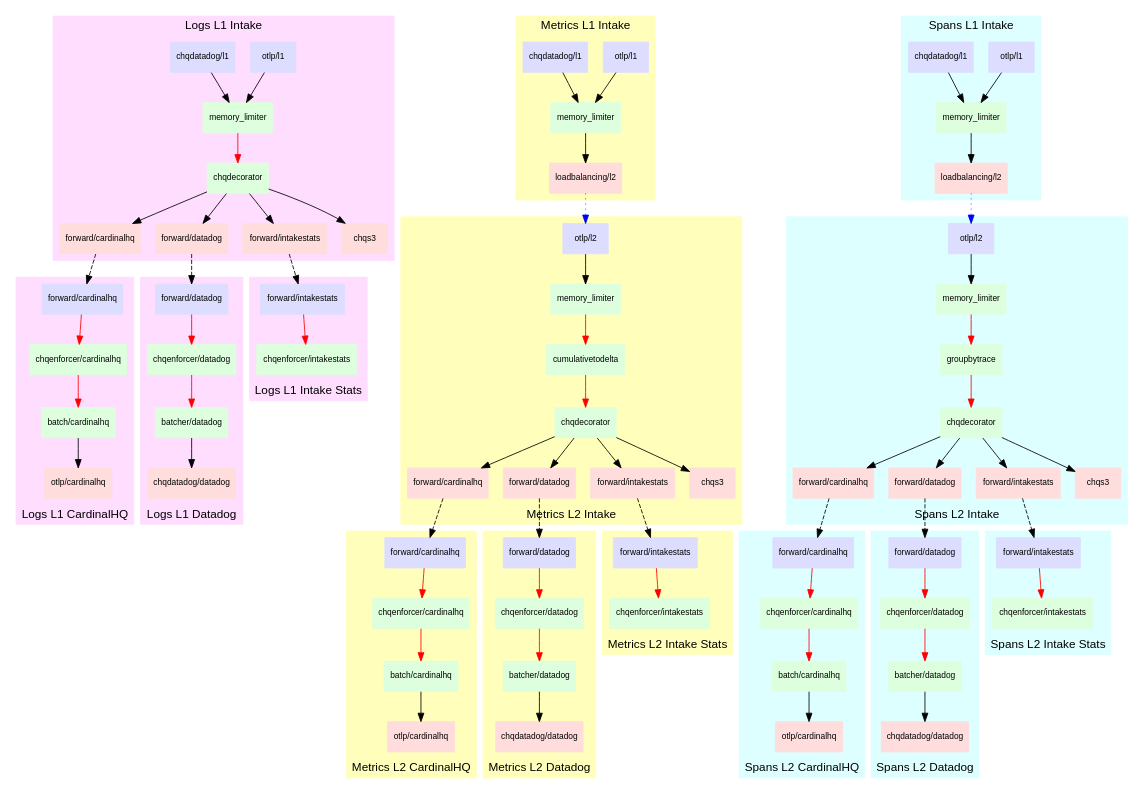
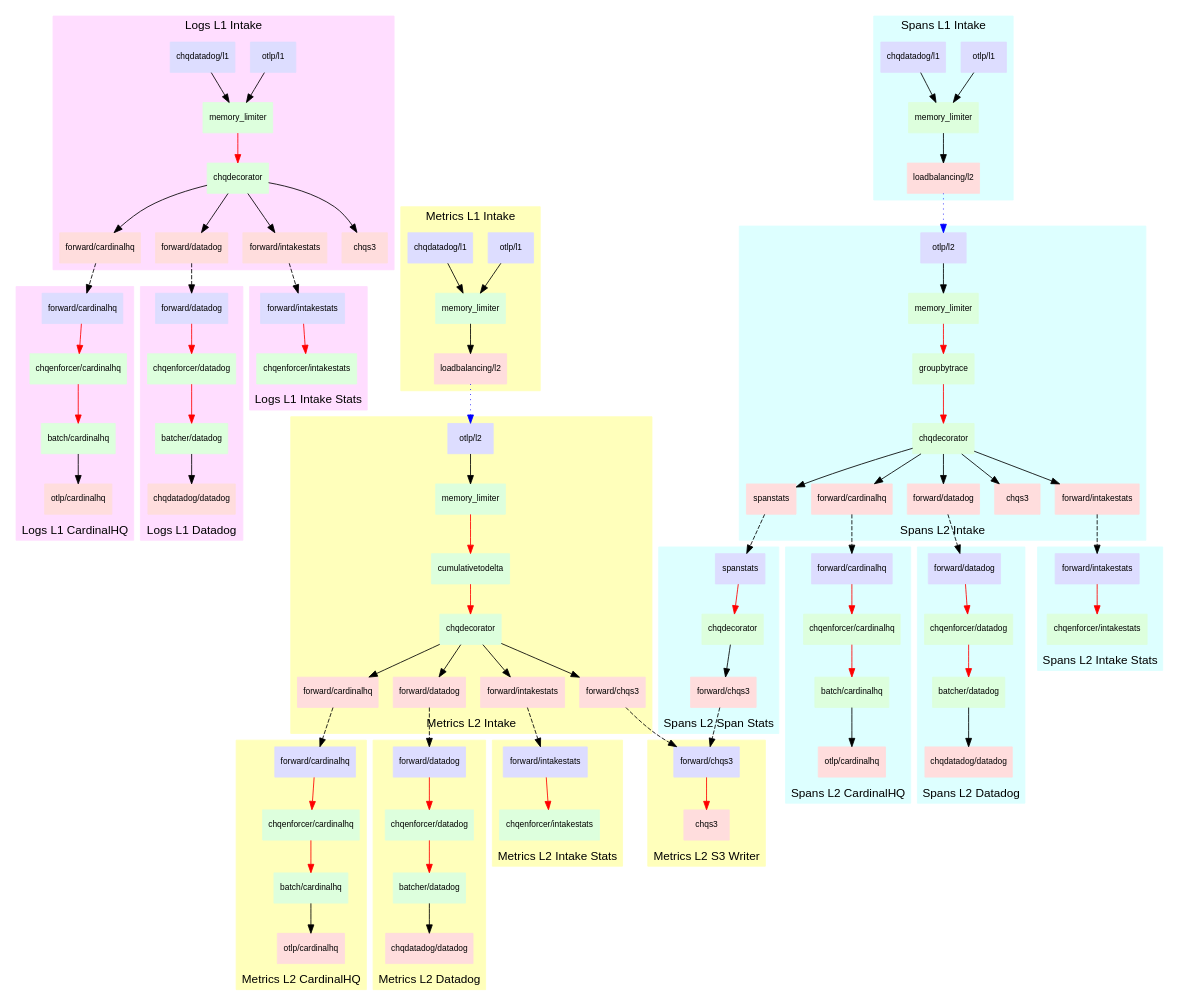
The diagram in docs/flow/flow.dot (cardinalhq/cardinalhq-otel-collector), drawn with Graphviz before and after one commit. The commit also changed 4 other files, not shown here.

```diff
--- a/docs/flow/flow.dot
+++ b/docs/flow/flow.dot
@@ -91,12 +91,12 @@
         label="Logs L1 Intake Stats";
         labelloc="b";
 
-        c1_forwarder_stats -> c4_forwarder_stats [style=dashed];
+        c1_forwarder_stats -> c100_forwarder_stats [style=dashed];
 
-        c4_forwarder_stats [label="forward/intakestats" color="#ddddff"];
-        c4_chqenforcer_stats [label="chqenforcer/intakestats" color="#ddffdd"];
+        c100_forwarder_stats [label="forward/intakestats" color="#ddddff"];
+        c100_chqenforcer_stats [label="chqenforcer/intakestats" color="#ddffdd"];
 
-        c4_forwarder_stats -> c4_chqenforcer_stats [color=red];
+        c100_forwarder_stats -> c100_chqenforcer_stats [color=red];
     }
     
     subgraph cluster_100 {
@@ -105,14 +105,14 @@
 		node [style=filled,color=white];
         label="Metrics L1 Intake";
         
-        c4_receiver_otlp [label="otlp/l1" color="#ddddff"];
-        c4_receiver_datadog [label="chqdatadog/l1" color="#ddddff"];
-        c4_memory_limiter [label="memory_limiter" color="#ddffdd"];
-        c4_exporter_loadbalance [label="loadbalancing/l2" color="#ffdddd"];
+        c100_receiver_otlp [label="otlp/l1" color="#ddddff"];
+        c100_receiver_datadog [label="chqdatadog/l1" color="#ddddff"];
+        c100_memory_limiter [label="memory_limiter" color="#ddffdd"];
+        c100_exporter_loadbalance [label="loadbalancing/l2" color="#ffdddd"];
         
-        c4_receiver_datadog -> c4_memory_limiter;
-        c4_receiver_otlp -> c4_memory_limiter;
-        c4_memory_limiter -> c4_exporter_loadbalance;
+        c100_receiver_datadog -> c100_memory_limiter;
+        c100_receiver_otlp -> c100_memory_limiter;
+        c100_memory_limiter -> c100_exporter_loadbalance;
     }
     
     subgraph cluster_200 { 
@@ -122,24 +122,24 @@
         label="Metrics L2 Intake";
         labelloc="b";
         
-        c4_exporter_loadbalance -> c5_receiver_otlp [style=dotted color=blue]
+        c100_exporter_loadbalance -> c200_receiver_otlp [style=dotted color=blue]
         
-        c5_receiver_otlp [label="otlp/l2" color="#ddddff"];
-        c5_memory_limiter [label="memory_limiter" color="#ddffdd"];
-        c5_cumulativetodelta [label="cumulativetodelta" color="#ddffdd"];
-        c5_chqdecorator [label="chqdecorator" color="#ddffdd"];
-        c5_forwarder_cardinalhq [label="forward/cardinalhq" color="#ffdddd"];
-        c5_forwarder_datadog [label="forward/datadog" color="#ffdddd"];
-        c5_forwarder_stats [label="forward/intakestats" color="#ffdddd"];
-        c5_chqs3 [label="chqs3" color="#ffdddd"];
+        c200_receiver_otlp [label="otlp/l2" color="#ddddff"];
+        c200_memory_limiter [label="memory_limiter" color="#ddffdd"];
+        c200_cumulativetodelta [label="cumulativetodelta" color="#ddffdd"];
+        c200_chqdecorator [label="chqdecorator" color="#ddffdd"];
+        c200_forwarder_cardinalhq [label="forward/cardinalhq" color="#ffdddd"];
+        c200_forwarder_datadog [label="forward/datadog" color="#ffdddd"];
+        c200_forwarder_stats [label="forward/intakestats" color="#ffdddd"];
+        c200_forwarder_chqs3 [label="forward/chqs3" color="#ffdddd"];
 
-        c5_receiver_otlp -> c5_memory_limiter;
-        c5_memory_limiter -> c5_cumulativetodelta [color=red];
-        c5_cumulativetodelta -> c5_chqdecorator [color=red];
-        c5_chqdecorator -> c5_forwarder_cardinalhq;
-        c5_chqdecorator -> c5_forwarder_datadog;
-        c5_chqdecorator -> c5_forwarder_stats;
-        c5_chqdecorator -> c5_chqs3;
+        c200_receiver_otlp -> c200_memory_limiter;
+        c200_memory_limiter -> c200_cumulativetodelta [color=red];
+        c200_cumulativetodelta -> c200_chqdecorator [color=red];
+        c200_chqdecorator -> c200_forwarder_cardinalhq;
+        c200_chqdecorator -> c200_forwarder_datadog;
+        c200_chqdecorator -> c200_forwarder_stats;
+        c200_chqdecorator -> c200_forwarder_chqs3;
     }
 
     subgraph cluster_201 {
@@ -149,16 +149,16 @@
         label="Metrics L2 CardinalHQ";
         labelloc="b";
 
-        c5_forwarder_cardinalhq -> c6_forwarder_cardinalhq [style=dashed];
+        c200_forwarder_cardinalhq -> c201_forwarder_cardinalhq [style=dashed];
 
-        c6_forwarder_cardinalhq [label="forward/cardinalhq" color="#ddddff"];
-        c6_chqenforcer_cardinalhq [label="chqenforcer/cardinalhq" color="#ddffdd"];
-        c6_batcher_cardinalhq [label="batch/cardinalhq" color="#ddffdd"];
-        c6_otlp_cardinalhq [label="otlp/cardinalhq" color="#ffdddd"];
+        c201_forwarder_cardinalhq [label="forward/cardinalhq" color="#ddddff"];
+        c201_chqenforcer_cardinalhq [label="chqenforcer/cardinalhq" color="#ddffdd"];
+        c201_batcher_cardinalhq [label="batch/cardinalhq" color="#ddffdd"];
+        c201_otlp_cardinalhq [label="otlp/cardinalhq" color="#ffdddd"];
 
-        c6_forwarder_cardinalhq -> c6_chqenforcer_cardinalhq [color=red];
-        c6_chqenforcer_cardinalhq -> c6_batcher_cardinalhq [color=red];
-        c6_batcher_cardinalhq -> c6_otlp_cardinalhq;
+        c201_forwarder_cardinalhq -> c201_chqenforcer_cardinalhq [color=red];
+        c201_chqenforcer_cardinalhq -> c201_batcher_cardinalhq [color=red];
+        c201_batcher_cardinalhq -> c201_otlp_cardinalhq;
     }
 
     subgraph cluster_202 {
@@ -168,16 +168,16 @@
         label="Metrics L2 Datadog";
         labelloc="b";
 
-        c5_forwarder_datadog -> c7_forwarder_datadog [style=dashed];
+        c200_forwarder_datadog -> c202_forwarder_datadog [style=dashed];
 
-        c7_forwarder_datadog [label="forward/datadog" color="#ddddff"];
-        c7_chqenforcer_datadog [label="chqenforcer/datadog" color="#ddffdd"];
-        c7_batcher_datadog [label="batcher/datadog" color="#ddffdd"];
-        c7_chqdatadog_datadog [label="chqdatadog/datadog" color="#ffdddd"];
+        c202_forwarder_datadog [label="forward/datadog" color="#ddddff"];
+        c202_chqenforcer_datadog [label="chqenforcer/datadog" color="#ddffdd"];
+        c202_batcher_datadog [label="batcher/datadog" color="#ddffdd"];
+        c202_chqdatadog_datadog [label="chqdatadog/datadog" color="#ffdddd"];
 
-        c7_forwarder_datadog -> c7_chqenforcer_datadog [color=red];
-        c7_chqenforcer_datadog -> c7_batcher_datadog [color=red];
-        c7_batcher_datadog -> c7_chqdatadog_datadog;
+        c202_forwarder_datadog -> c202_chqenforcer_datadog [color=red];
+        c202_chqenforcer_datadog -> c202_batcher_datadog [color=red];
+        c202_batcher_datadog -> c202_chqdatadog_datadog;
     }
 
     subgraph cluster_203 {
@@ -187,12 +187,27 @@
         label="Metrics L2 Intake Stats";
         labelloc="b";
 
-        c5_forwarder_stats -> c8_forwarder_stats [style=dashed];
+        c200_forwarder_stats -> c203_forwarder_stats [style=dashed];
 
-        c8_forwarder_stats [label="forward/intakestats" color="#ddddff"];
-        c8_chqenforcer_stats [label="chqenforcer/intakestats" color="#ddffdd"];
+        c203_forwarder_stats [label="forward/intakestats" color="#ddddff"];
+        c203_chqenforcer_stats [label="chqenforcer/intakestats" color="#ddffdd"];
 
-        c8_forwarder_stats -> c8_chqenforcer_stats [color=red];
+        c203_forwarder_stats -> c203_chqenforcer_stats [color=red];
+    }
+
+        subgraph cluster_204 {
+        style=filled;
+        color="#ffffbb";
+        node [style=filled,color=white];
+        label="Metrics L2 S3 Writer";
+        labelloc="b";
+
+        c200_forwarder_chqs3 -> c204_forwarder_chqs3 [style=dashed];
+
+        c204_forwarder_chqs3 [label="forward/chqs3" color="#ddddff"];
+        c204_chqs3 [label="chqs3" color="#ffdddd"];
+
+        c204_forwarder_chqs3 -> c204_chqs3 [color=red];
     }
 
     subgraph cluster_300 {
@@ -201,14 +216,14 @@
         node [style=filled,color=white];
         label="Spans L1 Intake";
         
-        c8_receiver_otlp [label="otlp/l1" color="#ddddff"];
-        c8_receiver_datadog [label="chqdatadog/l1" color="#ddddff"];
-        c8_memory_limiter [label="memory_limiter" color="#ddffdd"];
-        c8_exporter_loadbalance [label="loadbalancing/l2" color="#ffdddd"];
+        c203_receiver_otlp [label="otlp/l1" color="#ddddff"];
+        c203_receiver_datadog [label="chqdatadog/l1" color="#ddddff"];
+        c203_memory_limiter [label="memory_limiter" color="#ddffdd"];
+        c203_exporter_loadbalance [label="loadbalancing/l2" color="#ffdddd"];
         
-        c8_receiver_datadog -> c8_memory_limiter;
-        c8_receiver_otlp -> c8_memory_limiter;
-        c8_memory_limiter -> c8_exporter_loadbalance;
+        c203_receiver_datadog -> c203_memory_limiter;
+        c203_receiver_otlp -> c203_memory_limiter;
+        c203_memory_limiter -> c203_exporter_loadbalance;
     }
 
     subgraph cluster_400 {
@@ -218,24 +233,26 @@
         label="Spans L2 Intake";
         labelloc="b";
         
-        c8_exporter_loadbalance -> c9_receiver_otlp [style=dotted color=blue]
+        c203_exporter_loadbalance -> c400_receiver_otlp [style=dotted color=blue]
         
-        c9_receiver_otlp [label="otlp/l2" color="#ddddff"];
-        c9_memory_limiter [label="memory_limiter" color="#ddffdd"];
-        c9_groupbytrace [label="groupbytrace" color="#ddffdd"];
-        c9_chqdecorator [label="chqdecorator" color="#ddffdd"];
-        c9_forwarder_cardinalhq [label="forward/cardinalhq" color="#ffdddd"];
-        c9_forwarder_datadog [label="forward/datadog" color="#ffdddd"];
-        c9_forwarder_stats [label="forward/intakestats" color="#ffdddd"];
-        c9_chqs3 [label="chqs3" color="#ffdddd"];
+        c400_receiver_otlp [label="otlp/l2" color="#ddddff"];
+        c400_memory_limiter [label="memory_limiter" color="#ddffdd"];
+        c400_groupbytrace [label="groupbytrace" color="#ddffdd"];
+        c400_chqdecorator [label="chqdecorator" color="#ddffdd"];
+        c400_forwarder_cardinalhq [label="forward/cardinalhq" color="#ffdddd"];
+        c400_forwarder_datadog [label="forward/datadog" color="#ffdddd"];
+        c400_forwarder_stats [label="forward/intakestats" color="#ffdddd"];
+        c400_chqs3 [label="chqs3" color="#ffdddd"];
+        c400_spanstats [label="spanstats" color="#ffdddd"];
 
-        c9_receiver_otlp -> c9_memory_limiter;
-        c9_memory_limiter -> c9_groupbytrace [color=red];
-        c9_groupbytrace -> c9_chqdecorator [color=red];
-        c9_chqdecorator -> c9_forwarder_cardinalhq;
-        c9_chqdecorator -> c9_forwarder_datadog;
-        c9_chqdecorator -> c9_forwarder_stats;
-        c9_chqdecorator -> c9_chqs3;
+        c400_receiver_otlp -> c400_memory_limiter;
+        c400_memory_limiter -> c400_groupbytrace [color=red];
+        c400_groupbytrace -> c400_chqdecorator [color=red];
+        c400_chqdecorator -> c400_forwarder_cardinalhq;
+        c400_chqdecorator -> c400_forwarder_datadog;
+        c400_chqdecorator -> c400_forwarder_stats;
+        c400_chqdecorator -> c400_chqs3;
+        c400_chqdecorator -> c400_spanstats;
     }
 
     subgraph cluster_401 {
@@ -245,16 +262,16 @@
         label="Spans L2 CardinalHQ";
         labelloc="b";
 
-        c9_forwarder_cardinalhq -> c10_forwarder_cardinalhq [style=dashed];
+        c400_forwarder_cardinalhq -> c401_forwarder_cardinalhq [style=dashed];
 
-        c10_forwarder_cardinalhq [label="forward/cardinalhq" color="#ddddff"];
-        c10_chqenforcer_cardinalhq [label="chqenforcer/cardinalhq" color="#ddffdd"];
-        c10_batcher_cardinalhq [label="batch/cardinalhq" color="#ddffdd"];
-        c10_otlp_cardinalhq [label="otlp/cardinalhq" color="#ffdddd"];
+        c401_forwarder_cardinalhq [label="forward/cardinalhq" color="#ddddff"];
+        c401_chqenforcer_cardinalhq [label="chqenforcer/cardinalhq" color="#ddffdd"];
+        c401_batcher_cardinalhq [label="batch/cardinalhq" color="#ddffdd"];
+        c401_otlp_cardinalhq [label="otlp/cardinalhq" color="#ffdddd"];
 
-        c10_forwarder_cardinalhq -> c10_chqenforcer_cardinalhq [color=red];
-        c10_chqenforcer_cardinalhq -> c10_batcher_cardinalhq [color=red];
-        c10_batcher_cardinalhq -> c10_otlp_cardinalhq;
+        c401_forwarder_cardinalhq -> c401_chqenforcer_cardinalhq [color=red];
+        c401_chqenforcer_cardinalhq -> c401_batcher_cardinalhq [color=red];
+        c401_batcher_cardinalhq -> c401_otlp_cardinalhq;
     }
 
     subgraph cluster_402 {
@@ -264,16 +281,16 @@
         label="Spans L2 Datadog";
         labelloc="b";
 
-        c9_forwarder_datadog -> c11_forwarder_datadog [style=dashed];
+        c400_forwarder_datadog -> c402_forwarder_datadog [style=dashed];
 
-        c11_forwarder_datadog [label="forward/datadog" color="#ddddff"];
-        c11_chqenforcer_datadog [label="chqenforcer/datadog" color="#ddffdd"];
-        c11_batcher_datadog [label="batcher/datadog" color="#ddffdd"];
-        c11_chqdatadog_datadog [label="chqdatadog/datadog" color="#ffdddd"];
+        c402_forwarder_datadog [label="forward/datadog" color="#ddddff"];
+        c402_chqenforcer_datadog [label="chqenforcer/datadog" color="#ddffdd"];
+        c402_batcher_datadog [label="batcher/datadog" color="#ddffdd"];
+        c402_chqdatadog_datadog [label="chqdatadog/datadog" color="#ffdddd"];
 
-        c11_forwarder_datadog -> c11_chqenforcer_datadog [color=red];
-        c11_chqenforcer_datadog -> c11_batcher_datadog [color=red];
-        c11_batcher_datadog -> c11_chqdatadog_datadog;
+        c402_forwarder_datadog -> c402_chqenforcer_datadog [color=red];
+        c402_chqenforcer_datadog -> c402_batcher_datadog [color=red];
+        c402_batcher_datadog -> c402_chqdatadog_datadog;
     }
 
     subgraph cluster_403 {
@@ -283,11 +300,29 @@
         label="Spans L2 Intake Stats";
         labelloc="b";
 
-        c9_forwarder_stats -> c12_forwarder_stats [style=dashed];
+        c400_forwarder_stats -> c403_forwarder_stats [style=dashed];
 
-        c12_forwarder_stats [label="forward/intakestats" color="#ddddff"];
-        c12_chqenforcer_stats [label="chqenforcer/intakestats" color="#ddffdd"];
+        c403_forwarder_stats [label="forward/intakestats" color="#ddddff"];
+        c403_chqenforcer_stats [label="chqenforcer/intakestats" color="#ddffdd"];
 
-        c12_forwarder_stats -> c12_chqenforcer_stats [color=red];
+        c403_forwarder_stats -> c403_chqenforcer_stats [color=red];
+    }
+
+    subgraph cluster_404 {
+        style=filled;
+        color="#ddffff";
+        node [style=filled,color=white];
+        label="Spans L2 Span Stats";
+        labelloc="b";
+
+        c400_spanstats -> c404_spanstats [style=dashed];
+        c404_forwarder_chqs3 [label="forward/chqs3" color="#ffdddd"];
+
+        c404_spanstats [label="spanstats" color="#ddddff"];
+        c404_chqdecorator [label="chqdecorator" color="#ddffdd"];
+
+        c404_spanstats -> c404_chqdecorator [color=red];
+        c404_chqdecorator -> c404_forwarder_chqs3;
+        c404_forwarder_chqs3 -> c204_forwarder_chqs3 [style=dashed];
     }
 }
```
